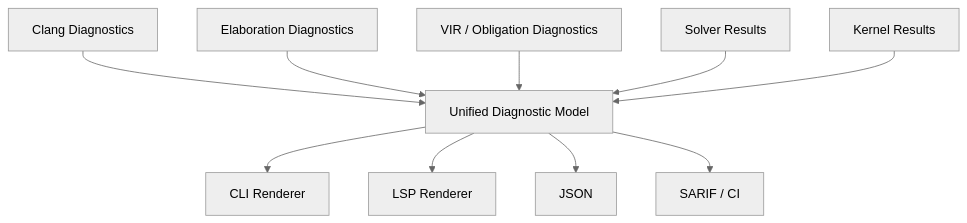
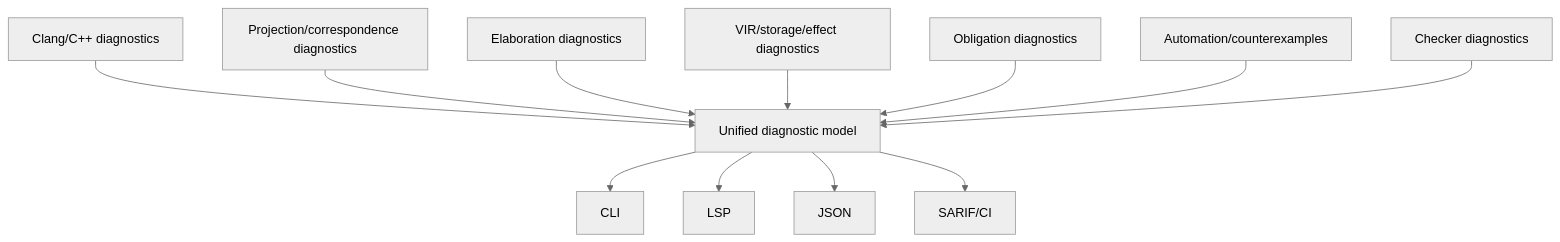
Before and after one commit to MattCCC/cppl: the fourth of 6 diagrams in docs/ARCHITECTURE.md, drawn with Mermaid (neutral theme). The commit also changed other lines of this file, not shown here.

Commit message:
docs: Update architecture doc

````diff
--- a/docs/ARCHITECTURE.md
+++ b/docs/ARCHITECTURE.md
@@ -1403,26 +2311,27 @@
 ```mermaid
 flowchart TD
-    CLANG["Clang Diagnostics"]
-    ELAB["Elaboration Diagnostics"]
-    VIR["VIR / Obligation Diagnostics"]
-    SOLVER["Solver Results"]
-    KERNEL["Kernel Results"]
+    C["Clang/C++ diagnostics"]
+    P["Projection/correspondence diagnostics"]
+    E["Elaboration diagnostics"]
+    V["VIR/storage/effect diagnostics"]
+    O["Obligation diagnostics"]
+    A["Automation/counterexamples"]
+    K["Checker diagnostics"]
+    D["Unified diagnostic model"]
+    CLI["CLI"]
+    LSP["LSP"]
+    JSON["JSON"]
+    SARIF["SARIF/CI"]
 
-    MODEL["Unified Diagnostic Model"]
-
-    CLI["CLI Renderer"]
-    LSP["LSP Renderer"]
-    JSON["JSON"]
-    SARIF["SARIF / CI"]
-
-    CLANG --> MODEL
-    ELAB --> MODEL
-    VIR --> MODEL
-    SOLVER --> MODEL
-    KERNEL --> MODEL
-
-    MODEL --> CLI
-    MODEL --> LSP
-    MODEL --> JSON
-    MODEL --> SARIF
+    C --> D
+    P --> D
+    E --> D
+    V --> D
+    O --> D
+    A --> D
+    K --> D
+    D --> CLI
+    D --> LSP
+    D --> JSON
+    D --> SARIF
 ```
````
